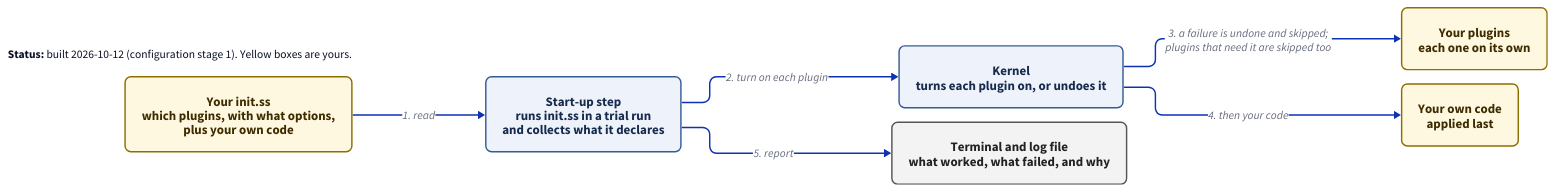
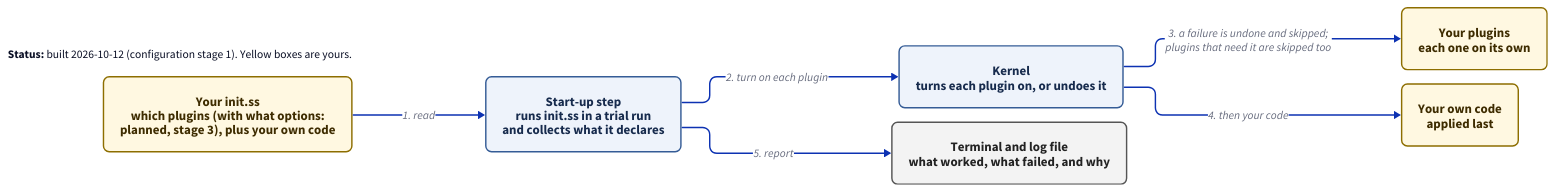
Before and after one commit to jaybonthius/tuna: the diagram in docs/diagrams/config-startup.d2, drawn with D2. The commit also changed 9 other files, not shown here.

```diff
--- a/docs/diagrams/config-startup.d2
+++ b/docs/diagrams/config-startup.d2
@@ -1,55 +1,55 @@
 # What happens when Tuna starts with your configuration?
 vars: {
   d2-config: {
     layout-engine: elk
     theme-id: 0
   }
 }
 direction: right
 
 classes: {
   yours: {
     style: {
       fill: "#fff8e1"
       stroke: "#8d6e00"
       font-color: "#3e2c00"
       border-radius: 8
       font-size: 18
     }
   }
   tuna: {
     style: {
       fill: "#eef3fb"
       stroke: "#355c96"
       font-color: "#172b4d"
       border-radius: 8
       font-size: 18
     }
   }
   out: {
     style: {
       fill: "#f3f3f3"
       stroke: "#555555"
       font-color: "#222222"
       border-radius: 8
       font-size: 18
     }
   }
 }
 
 legend: |md
   **Status:** built 2026-10-12 (configuration stage 1). Yellow boxes are yours.
 |
 
-files: "Your init.ss\nwhich plugins, with what options,\nplus your own code" {class: yours}
+files: "Your init.ss\nwhich plugins (with what options:\nplanned, stage 3), plus your own code" {class: yours}
 boot: "Start-up step\nruns init.ss in a trial run\nand collects what it declares" {class: tuna}
 kernel: "Kernel\nturns each plugin on, or undoes it" {class: tuna}
 plugins: "Your plugins\neach one on its own" {class: yours}
 init: "Your own code\napplied last" {class: yours}
 terminal: "Terminal and log file\nwhat worked, what failed, and why" {class: out}
 
 files -> boot: "1. read"
 boot -> kernel: "2. turn on each plugin"
 kernel -> plugins: "3. a failure is undone and skipped;\nplugins that need it are skipped too"
 kernel -> init: "4. then your code"
 boot -> terminal: "5. report"
```
